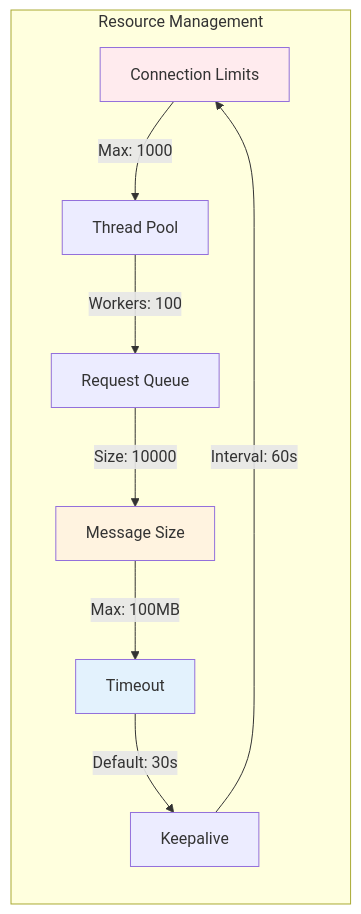
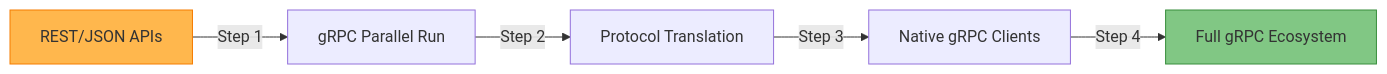
One commit to deepaucksharma/DStudio changed the fifth of 6 diagrams in docs/pattern-library/communication/grpc.md. Above: the diagram before and after it, drawn with Mermaid. The commit also changed other lines of this file and 11 other files, not shown here.

````diff
--- a/docs/pattern-library/communication/grpc.md
+++ b/docs/pattern-library/communication/grpc.md
@@ -398,15 +524,10 @@
 ```mermaid
 graph LR
-    subgraph "Resource Management"
-        A[Connection Limits] -->|"Max: 1000"| B[Thread Pool]
-        B -->|"Workers: 100"| C[Request Queue]
-        C -->|"Size: 10000"| D[Message Size]
-        D -->|"Max: 100MB"| E[Timeout]
-        E -->|"Default: 30s"| F[Keepalive]
-        F -->|"Interval: 60s"| A
-    end
+    A[REST/JSON APIs] -->|Step 1| B[gRPC Parallel Run]
+    B -->|Step 2| C[Protocol Translation]
+    C -->|Step 3| D[Native gRPC Clients]
+    D -->|Step 4| E[Full gRPC Ecosystem]
     
-    style A fill:#ffebee
-    style D fill:#fff3e0
-    style E fill:#e3f2fd
+    style A fill:#ffb74d,stroke:#f57c00
+    style E fill:#81c784,stroke:#388e3c
 ```
````
